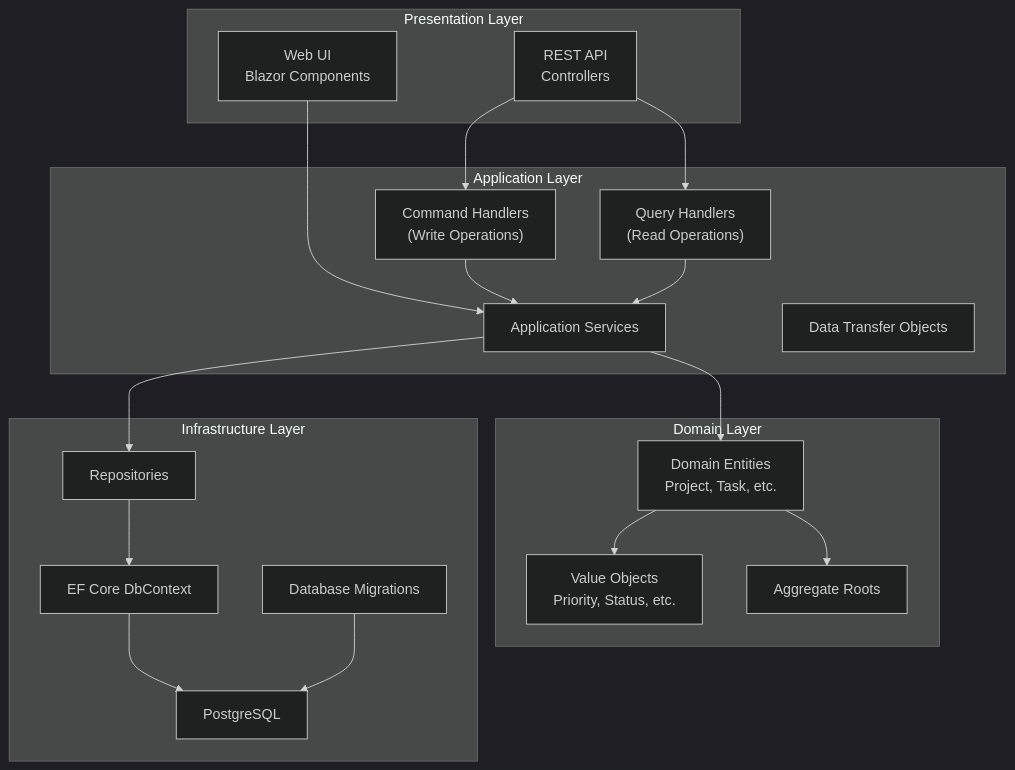
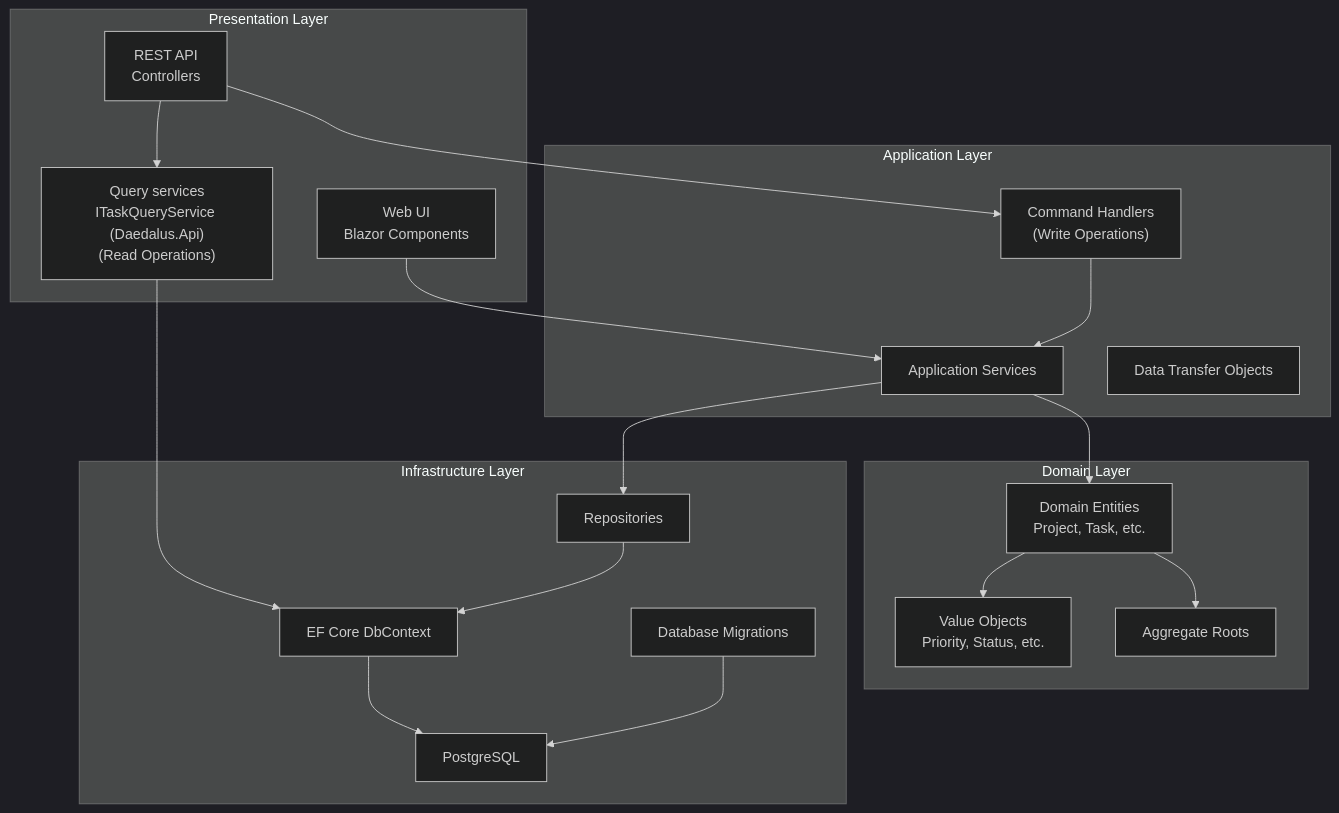
One commit to MarcelRoozekrans/Daedalus.NET changed the seventh of 23 diagrams in docs/architecture-diagrams.md. Above: the diagram before and after it, drawn with Mermaid (dark theme). The commit also changed other lines of this file and 4 other files, not shown here.

````diff
--- a/docs/architecture-diagrams.md
+++ b/docs/architecture-diagrams.md
@@ -608,44 +608,44 @@
 ```mermaid
 graph TB
     subgraph "Presentation Layer"
         API["REST API<br/>Controllers"]
         WEB["Web UI<br/>Blazor Components"]
+        QUERYSVC["Query services<br/>ITaskQueryService (Daedalus.Api)<br/>(Read Operations)"]
     end
 
     subgraph "Application Layer"
         COMMANDS["Command Handlers<br/>(Write Operations)"]
-        QUERIES["Query Handlers<br/>(Read Operations)"]
         SERVICES["Application Services"]
         DTOs["Data Transfer Objects"]
     end
 
     subgraph "Domain Layer"
         ENTITIES["Domain Entities<br/>Project, Task, etc."]
         VALUEOBJECTS["Value Objects<br/>Priority, Status, etc."]
         AGGROOT["Aggregate Roots"]
     end
 
     subgraph "Infrastructure Layer"
         DBCONTEXT["EF Core DbContext"]
         REPOSITORIES["Repositories"]
         MIGRATION["Database Migrations"]
         PERSISTENCE["PostgreSQL"]
     end
 
     API --> COMMANDS
-    API --> QUERIES
+    API --> QUERYSVC
+    QUERYSVC --> DBCONTEXT
     WEB --> SERVICES
 
     COMMANDS --> SERVICES
-    QUERIES --> SERVICES
 
     SERVICES --> REPOSITORIES
     SERVICES --> ENTITIES
 
     REPOSITORIES --> DBCONTEXT
     ENTITIES --> VALUEOBJECTS
     ENTITIES --> AGGROOT
 
     DBCONTEXT --> PERSISTENCE
     MIGRATION --> PERSISTENCE
 ```
````
